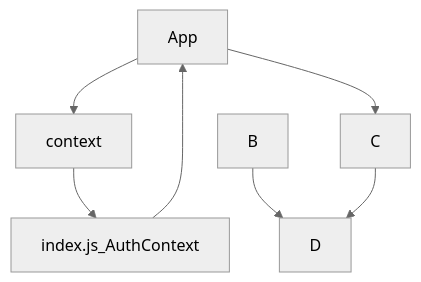
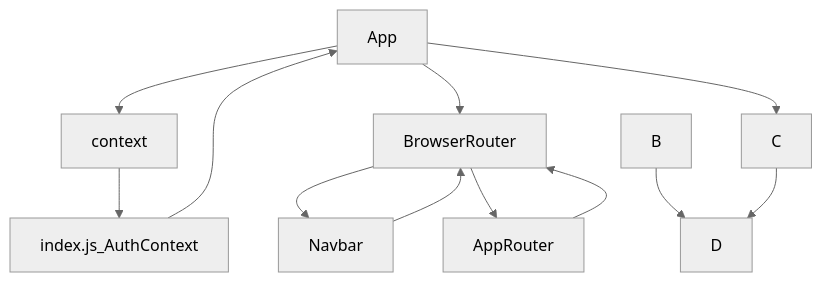
The diagram in README.md (Freeze35/test-react-project), drawn with Mermaid (neutral theme) before and after one commit.

````diff
--- a/README.md
+++ b/README.md
@@ -112,7 +112,11 @@
 ```mermaid
 graph TD;
     App-->context-->index.js_AuthContext-->App;
+    App-->BrowserRouter-->Navbar;
+    BrowserRouter-->AppRouter;
+    Navbar-->BrowserRouter;
+    AppRouter-->BrowserRouter;
     App-->C;
     B-->D;
     C-->D;
 ```
````
